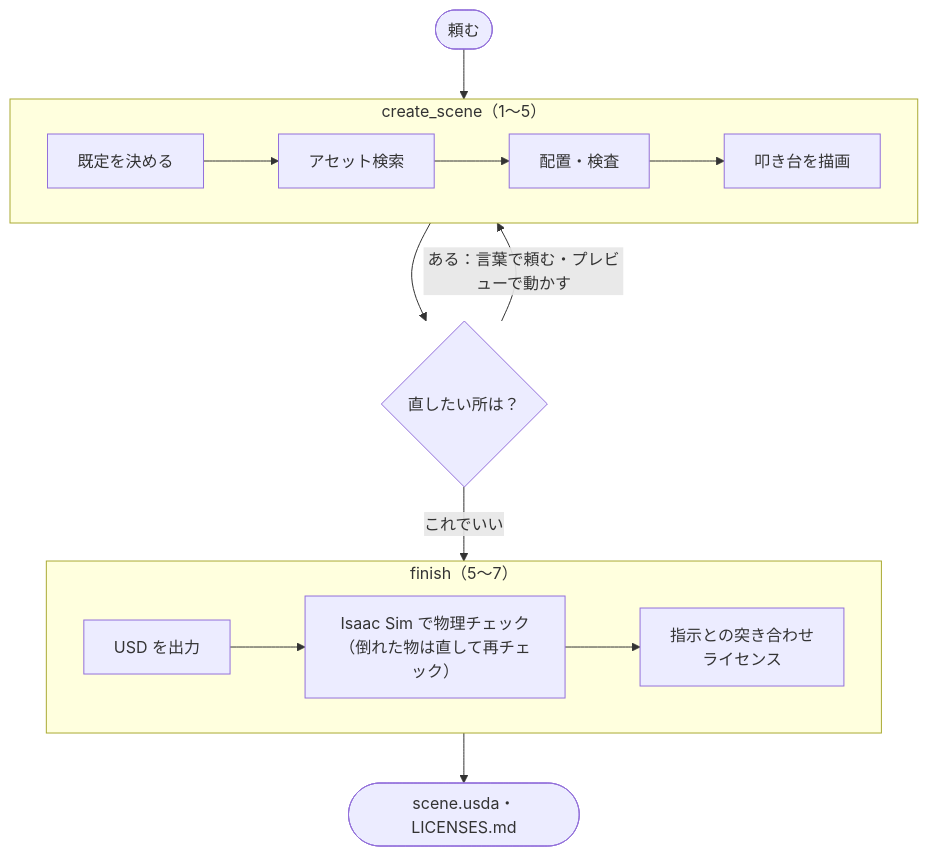
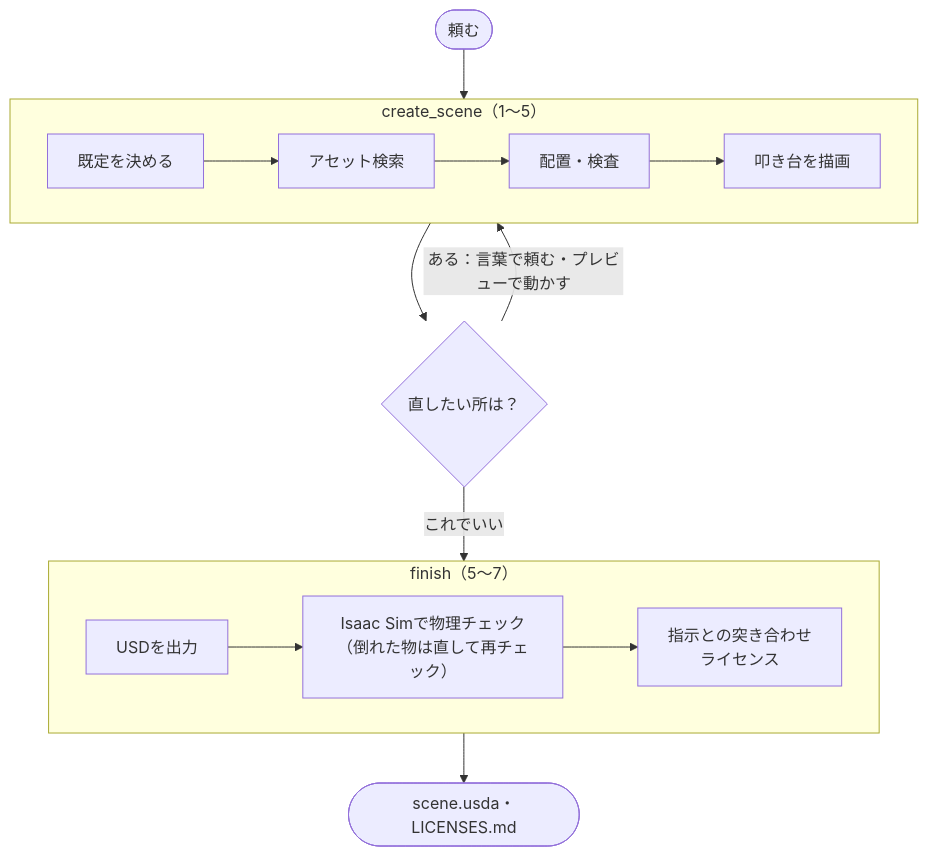
The second of 3 diagrams in docs/getting-started.md (atinfinity/agentic-sim-world-gen), drawn with Mermaid before and after one commit. The commit also changed other lines of this file and 4 other files, not shown here.

Commit message:
Japanese docs: drop half-width spaces between Japanese and ASCII in the mermaid diagrams too

````diff
--- a/docs/getting-started.md
+++ b/docs/getting-started.md
@@ -104,16 +104,16 @@
 ```mermaid
 flowchart TD
   ask(["頼む"]) --> cs
   subgraph cs["create_scene（1〜5）"]
     direction LR
     a1["既定を決める"] --> a2["アセット検索"] --> a3["配置・検査"] --> a4["叩き台を描画"]
   end
   cs --> look{"直したい所は？"}
   look -- "ある：言葉で頼む・プレビューで動かす" --> cs
   look -- "これでいい" --> fin
   subgraph fin["finish（5〜7）"]
     direction LR
-    f1["USD を出力"] --> f2["Isaac Sim で物理チェック<br/>（倒れた物は直して再チェック）"] --> f3["指示との突き合わせ<br/>ライセンス"]
+    f1["USDを出力"] --> f2["Isaac Simで物理チェック<br/>（倒れた物は直して再チェック）"] --> f3["指示との突き合わせ<br/>ライセンス"]
   end
   fin --> done(["scene.usda・LICENSES.md"])
 ```
````
